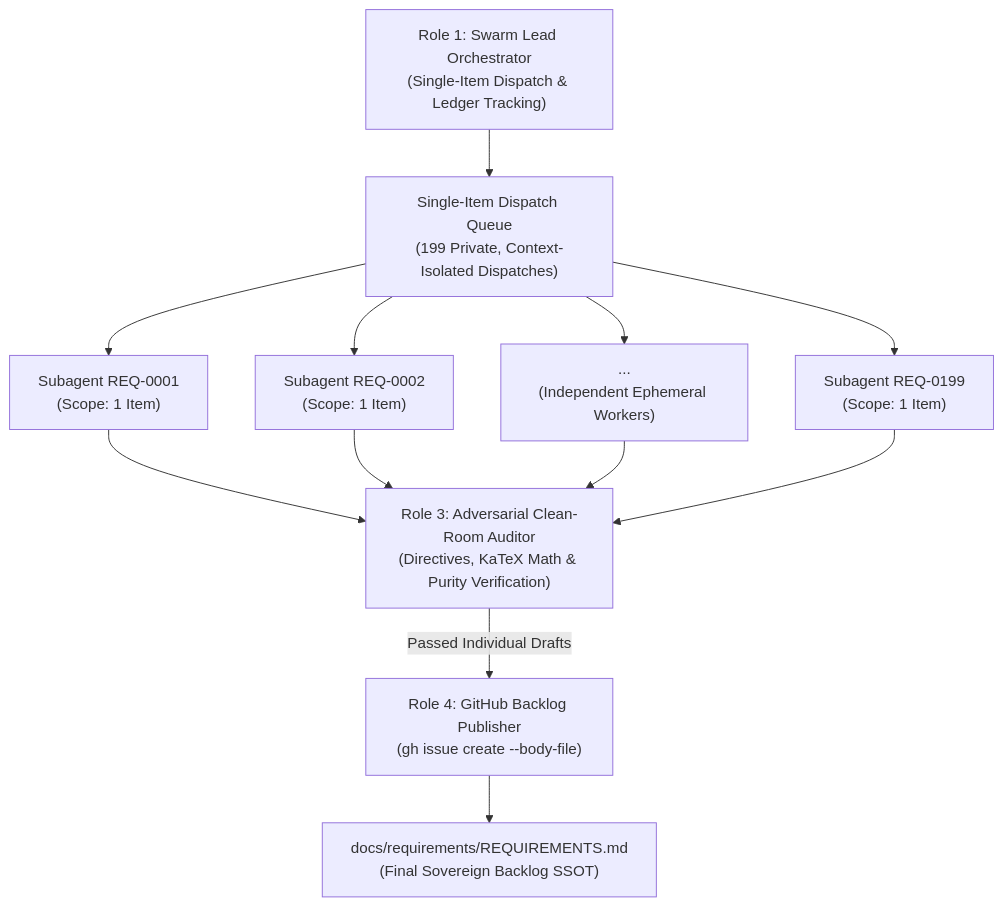
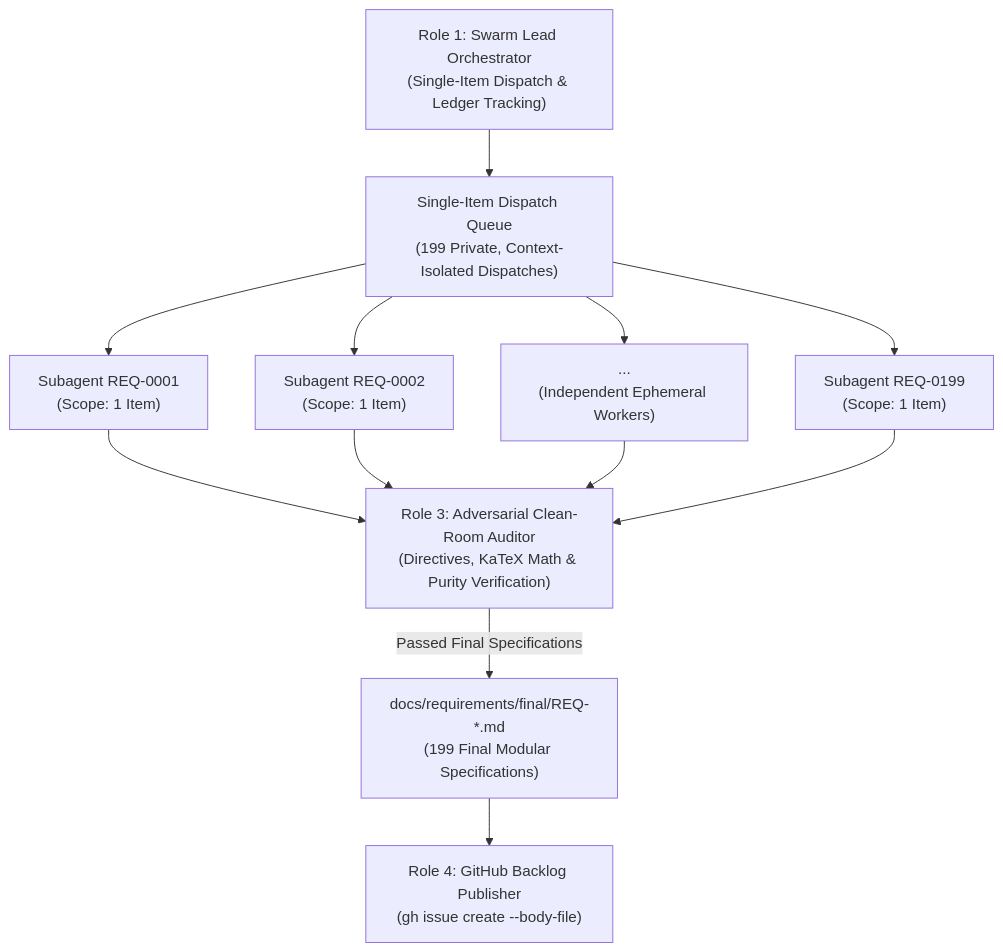
The diagram in docs/requirements/STREAMLINED_CHARTER.md (gintatkinson/deap-compiler), drawn with Mermaid before and after one commit. The commit also changed other lines of this file and 201 other files, not shown here.

Commit message:
docs(requirements): migrate items to seeds, establish final directory, and embed dispatch prompt (refs #requirements)

````diff
--- a/docs/requirements/STREAMLINED_CHARTER.md
+++ b/docs/requirements/STREAMLINED_CHARTER.md
@@ -72,24 +72,24 @@
 ```mermaid
 flowchart TD
     Orchestrator["Role 1: Swarm Lead Orchestrator<br/>(Single-Item Dispatch & Ledger Tracking)"]
     Queue["Single-Item Dispatch Queue<br/>(199 Private, Context-Isolated Dispatches)"]
     W_Item1["Subagent REQ-0001<br/>(Scope: 1 Item)"]
     W_Item2["Subagent REQ-0002<br/>(Scope: 1 Item)"]
     W_ItemDots["...<br/>(Independent Ephemeral Workers)"]
     W_Item199["Subagent REQ-0199<br/>(Scope: 1 Item)"]
     Auditor["Role 3: Adversarial Clean-Room Auditor<br/>(Directives, KaTeX Math & Purity Verification)"]
+    FinalCatalog["docs/requirements/final/REQ-*.md<br/>(199 Final Modular Specifications)"]
     Publisher["Role 4: GitHub Backlog Publisher<br/>(gh issue create --body-file)"]
-    MasterSpec["docs/requirements/REQUIREMENTS.md<br/>(Final Sovereign Backlog SSOT)"]
 
     Orchestrator --> Queue
     Queue --> W_Item1
     Queue --> W_Item2
     Queue --> W_ItemDots
     Queue --> W_Item199
     W_Item1 --> Auditor
     W_Item2 --> Auditor
     W_ItemDots --> Auditor
     W_Item199 --> Auditor
-    Auditor -->|Passed Individual Drafts| Publisher
-    Publisher --> MasterSpec
+    Auditor -->|Passed Final Specifications| FinalCatalog
+    FinalCatalog --> Publisher
 ```
````
